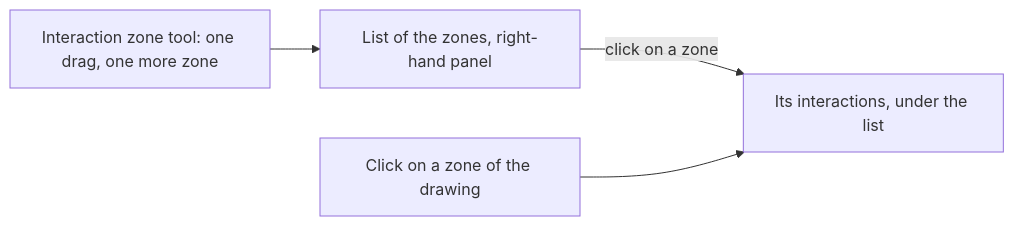
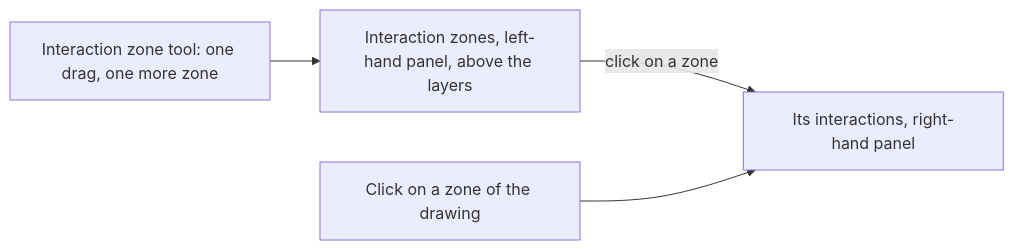
Before and after one commit to AlexandreGallais/synoptic-studio-spec: the second of 2 diagrams in symbols/07-interaction-mode/README.md, drawn with Mermaid. The commit also changed other lines of this file and 8 other files, not shown here.

````diff
--- a/symbols/07-interaction-mode/README.md
+++ b/symbols/07-interaction-mode/README.md
@@ -44,6 +49,6 @@
 ```mermaid
 flowchart LR
-    T["Interaction zone tool: one drag, one more zone"] --> L["List of the zones, right-hand panel"]
-    L -->|"click on a zone"| I["Its interactions, under the list"]
+    T["Interaction zone tool: one drag, one more zone"] --> L["Interaction zones, left-hand panel, above the layers"]
+    L -->|"click on a zone"| I["Its interactions, right-hand panel"]
     D["Click on a zone of the drawing"] --> I
 ```
````
